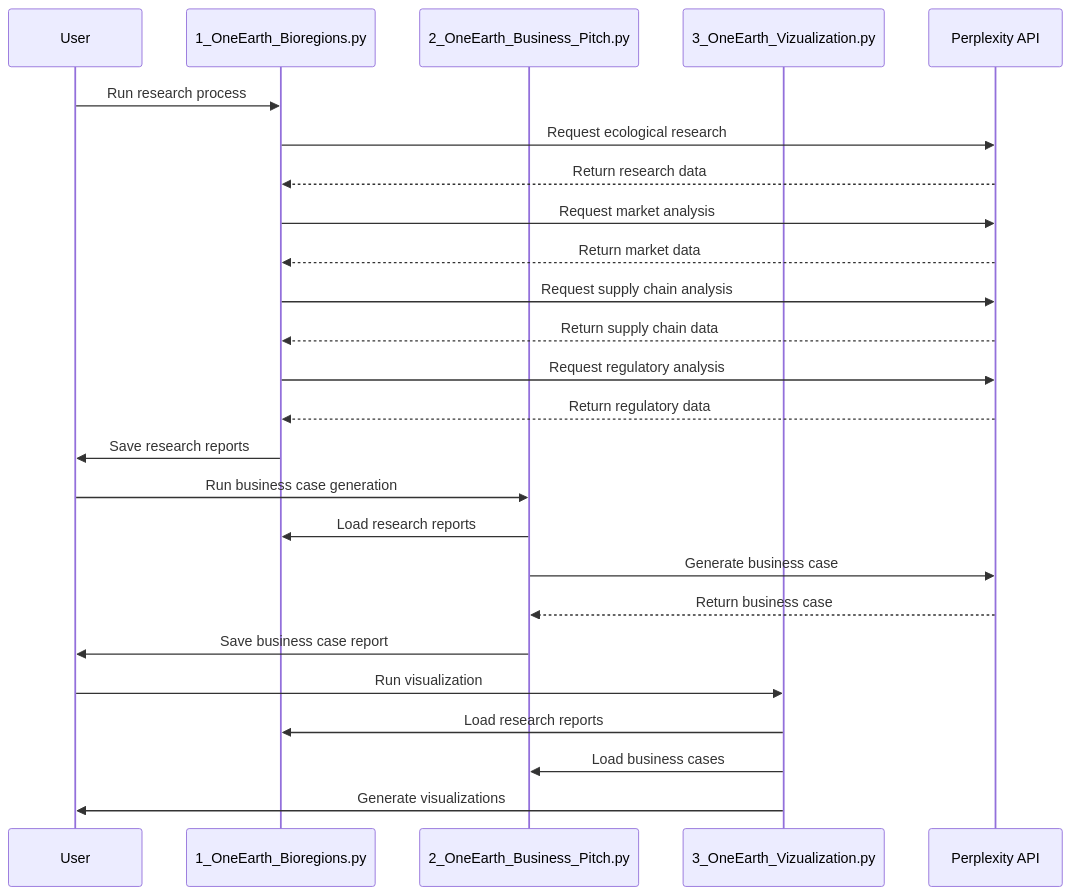
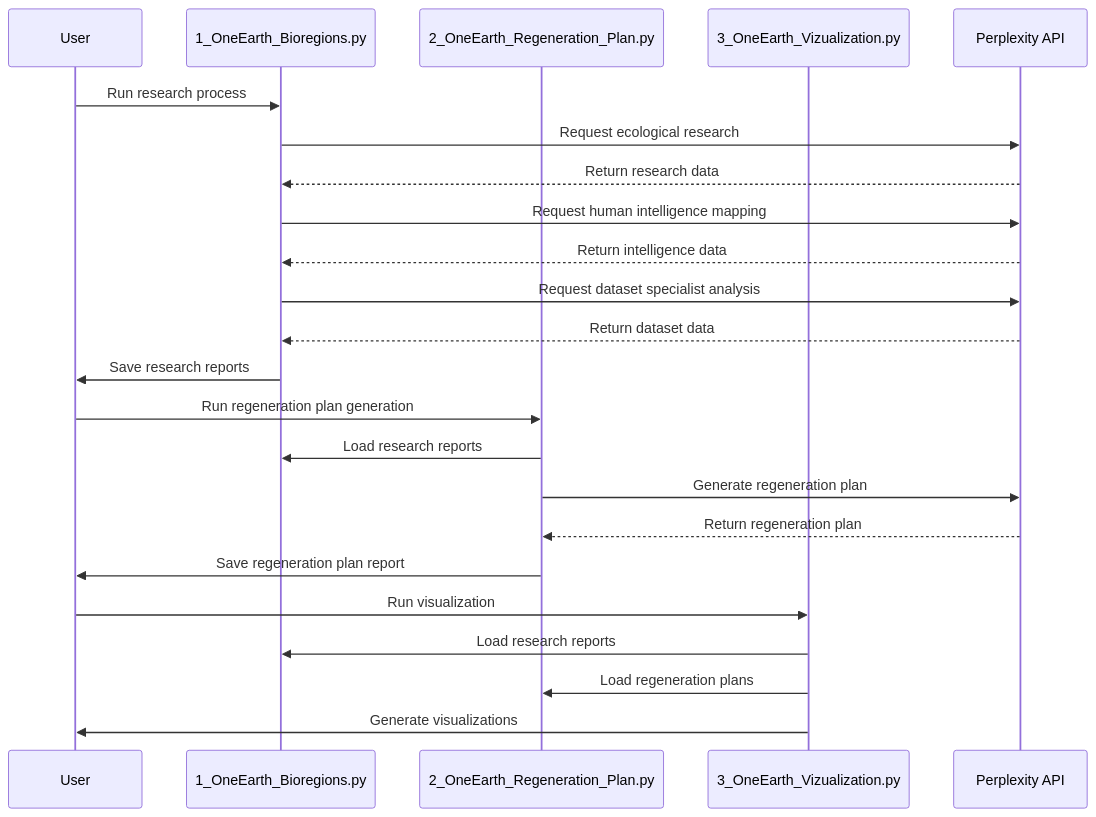
One commit to ActiveInferenceInstitute/Biofirm changed the second of 2 diagrams in One_Earth/OneEarth_Architecture.md. Above: the diagram before and after it, drawn with Mermaid. The commit also changed other lines of this file and 8 other files, not shown here.

````diff
--- a/One_Earth/OneEarth_Architecture.md
+++ b/One_Earth/OneEarth_Architecture.md
@@ -102,30 +101,28 @@
 ```mermaid
 sequenceDiagram
     participant User
     participant BioRegions as 1_OneEarth_Bioregions.py
-    participant BusinessPitch as 2_OneEarth_Business_Pitch.py
+    participant RegenerationPlan as 2_OneEarth_Regeneration_Plan.py
     participant Visualization as 3_OneEarth_Vizualization.py
     participant PerplexityAPI as Perplexity API
     
     User->>BioRegions: Run research process
     BioRegions->>PerplexityAPI: Request ecological research
     PerplexityAPI-->>BioRegions: Return research data
-    BioRegions->>PerplexityAPI: Request market analysis
-    PerplexityAPI-->>BioRegions: Return market data
-    BioRegions->>PerplexityAPI: Request supply chain analysis
-    PerplexityAPI-->>BioRegions: Return supply chain data
-    BioRegions->>PerplexityAPI: Request regulatory analysis
-    PerplexityAPI-->>BioRegions: Return regulatory data
+    BioRegions->>PerplexityAPI: Request human intelligence mapping
+    PerplexityAPI-->>BioRegions: Return intelligence data
+    BioRegions->>PerplexityAPI: Request dataset specialist analysis
+    PerplexityAPI-->>BioRegions: Return dataset data
     BioRegions->>User: Save research reports
     
-    User->>BusinessPitch: Run business case generation
-    BusinessPitch->>BioRegions: Load research reports
-    BusinessPitch->>PerplexityAPI: Generate business case
-    PerplexityAPI-->>BusinessPitch: Return business case
-    BusinessPitch->>User: Save business case report
+    User->>RegenerationPlan: Run regeneration plan generation
+    RegenerationPlan->>BioRegions: Load research reports
+    RegenerationPlan->>PerplexityAPI: Generate regeneration plan
+    PerplexityAPI-->>RegenerationPlan: Return regeneration plan
+    RegenerationPlan->>User: Save regeneration plan report
     
     User->>Visualization: Run visualization
     Visualization->>BioRegions: Load research reports
-    Visualization->>BusinessPitch: Load business cases
+    Visualization->>RegenerationPlan: Load regeneration plans
     Visualization->>User: Generate visualizations
 ```
````
